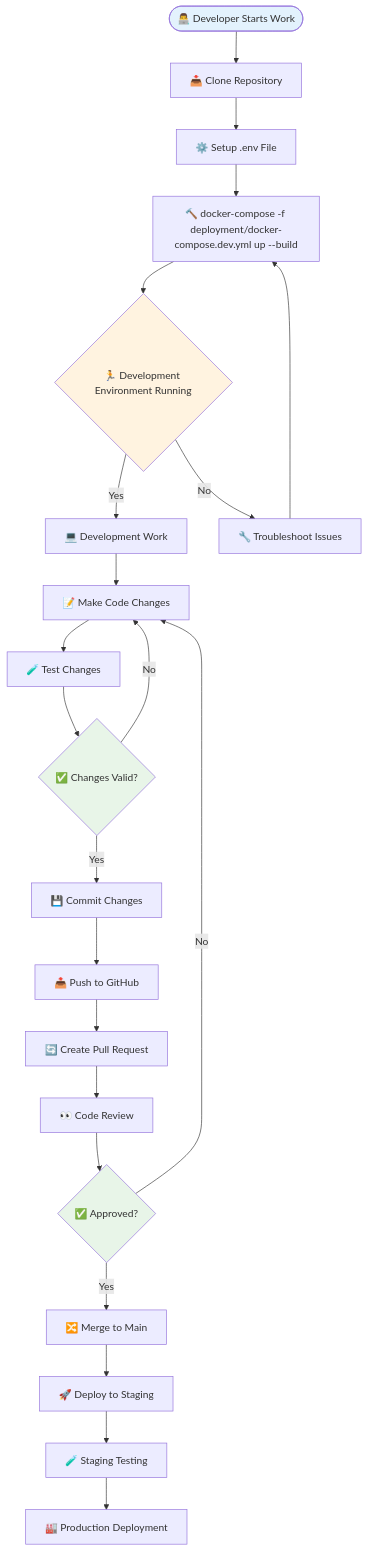
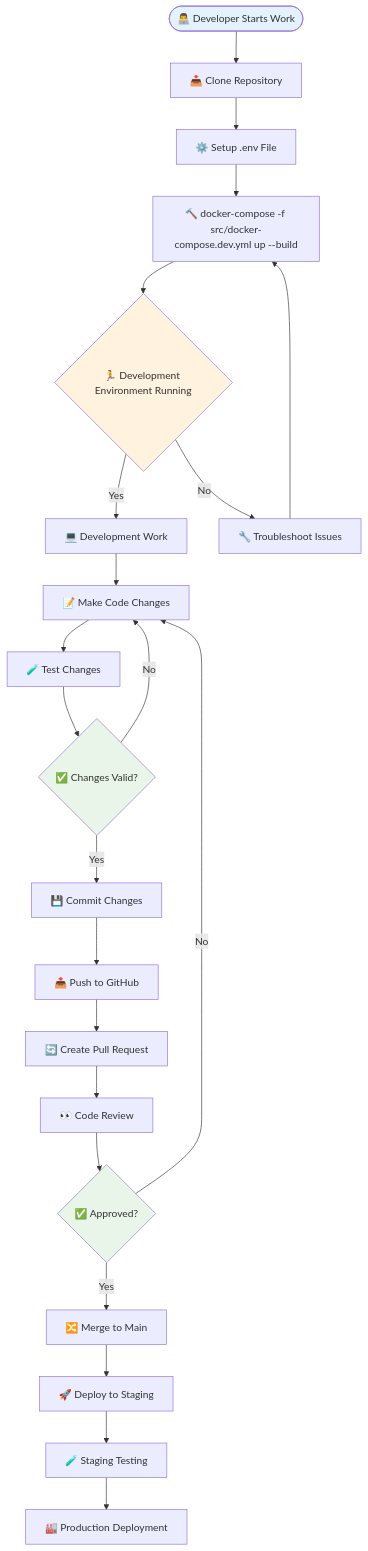
The third of 11 diagrams in src/DEPLOYMENT.qmd (maehr/Sexueller-Missbrauch-im-Umfeld-der-katholischen-Kirche-in-der-Schweiz), drawn with Mermaid before and after one commit. The commit also changed other lines of this file and 10 other files, not shown here.

Commit message:
docs: Add a detailed development timeline and refactor the evolution document to reference dedicated configuration and deployment files.

````diff
--- a/src/DEPLOYMENT.qmd
+++ b/src/DEPLOYMENT.qmd
@@ -123,37 +123,37 @@
 ```{mermaid}
 flowchart TD
     Start([👨‍💻 Developer Starts Work]) --> Clone[📥 Clone Repository]
     Clone --> EnvSetup[⚙️ Setup .env File]
-    EnvSetup --> DevBuild[🔨 docker-compose -f deployment/docker-compose.dev.yml up --build]
+    EnvSetup --> DevBuild[🔨 docker-compose -f src/docker-compose.dev.yml up --build]
 
     DevBuild --> DevRunning{🏃 Development Environment Running}
     DevRunning --> |Yes| DevWork[💻 Development Work]
     DevRunning --> |No| Troubleshoot[🔧 Troubleshoot Issues]
 
     DevWork --> CodeChange[📝 Make Code Changes]
     CodeChange --> Test[🧪 Test Changes]
     Test --> Validate{✅ Changes Valid?}
 
     Validate --> |No| CodeChange
     Validate --> |Yes| Commit[💾 Commit Changes]
 
     Commit --> Push[📤 Push to GitHub]
     Push --> PR[🔄 Create Pull Request]
 
     PR --> Review[👀 Code Review]
     Review --> Approved{✅ Approved?}
 
     Approved --> |No| CodeChange
     Approved --> |Yes| Merge[🔀 Merge to Main]
 
     Merge --> StagingDeploy[🚀 Deploy to Staging]
     StagingDeploy --> StagingTest[🧪 Staging Testing]
     StagingTest --> ProdDeploy[🏭 Production Deployment]
 
     Troubleshoot --> DevBuild
 
     style Start fill:#e3f2fd
     style DevRunning fill:#fff3e0
     style Validate fill:#e8f5e8
     style Approved fill:#e8f5e8
 ```
````
